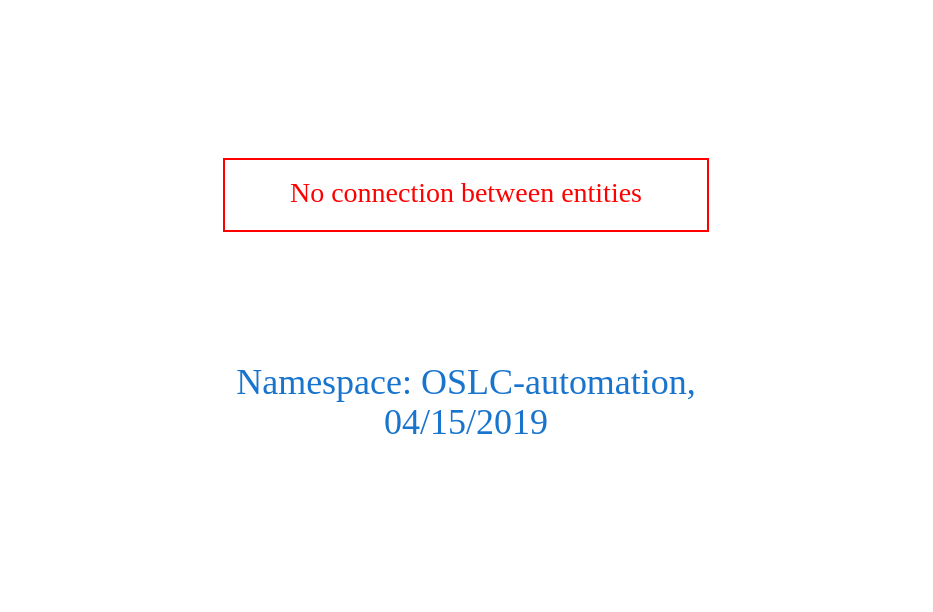
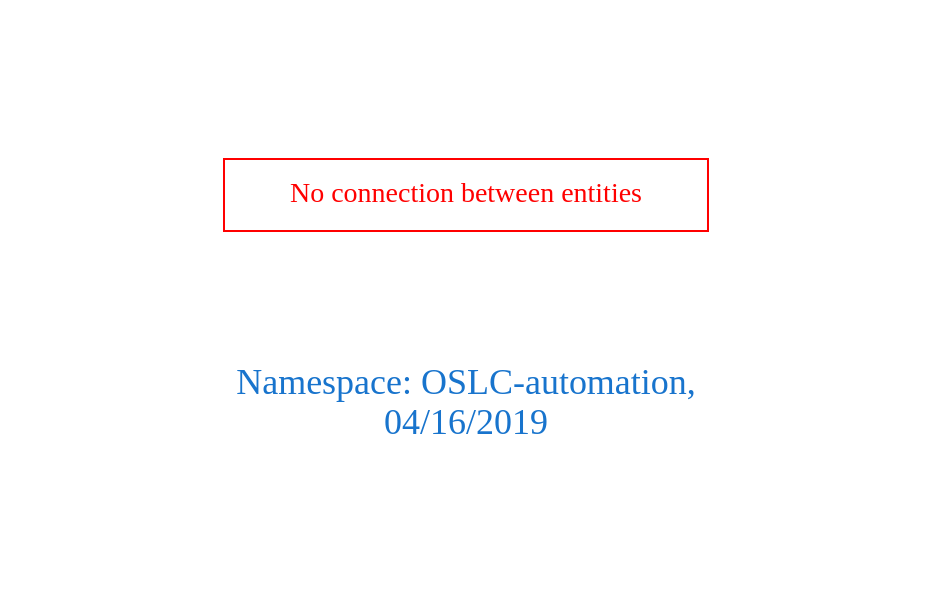
Before and after one commit to arago/OGIT: the diagram in downloads/OSLC-automation.dot, drawn with Graphviz. The commit also changed 1332 other files, not shown here.

```diff
--- a/downloads/OSLC-automation.dot
+++ b/downloads/OSLC-automation.dot
@@ -1,9 +1,9 @@
 digraph OGIT_ontology {
  graph [ rankdir= LR,pad=1 
 fontsize = 18,
-fontcolor= dodgerblue3,label = "\n\n\nNamespace: OSLC-automation, \n 04/15/2019"];
+fontcolor= dodgerblue3,label = "\n\n\nNamespace: OSLC-automation, \n 04/16/2019"];
 node[shape=polygon];
 edge [  color="gray81"];
 
 "No connection between entities" [fontcolor = "red",color="red", shape="polygon"]
 }
```
